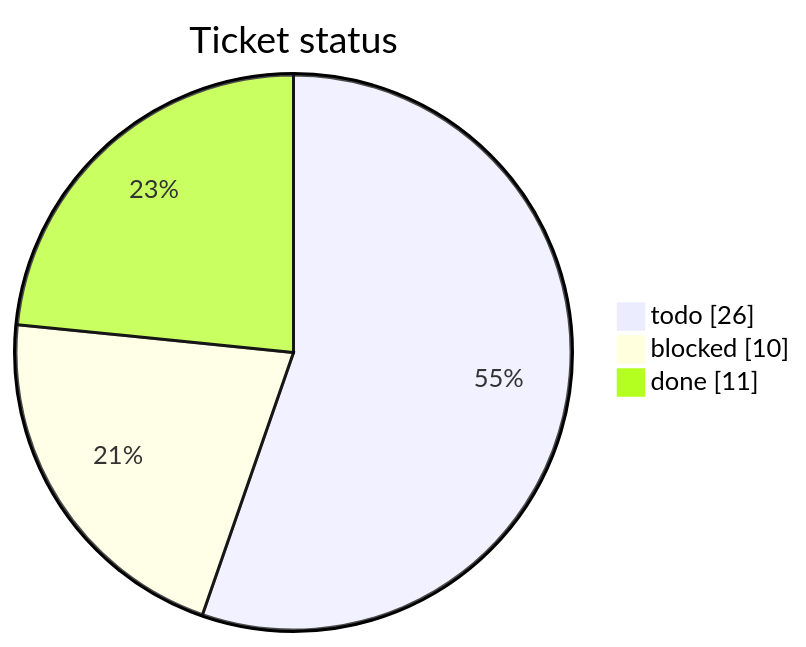
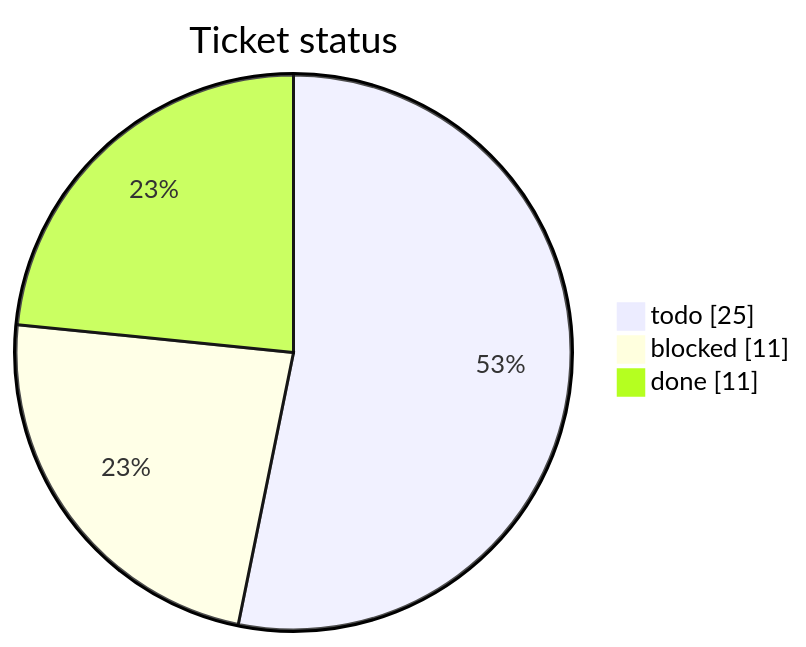
Before and after one commit to mohamed-soubhi/bootlab-esp: the first of 3 diagrams in tickets/TICKETS.md, drawn with Mermaid. The commit also changed other lines of this file and 4 other files, not shown here.

````diff
--- a/tickets/TICKETS.md
+++ b/tickets/TICKETS.md
@@ -10,6 +10,6 @@
 ```mermaid
 pie showData title Ticket status
-    "todo" : 26
-    "blocked" : 10
+    "todo" : 25
+    "blocked" : 11
     "done" : 11
 ```
````
